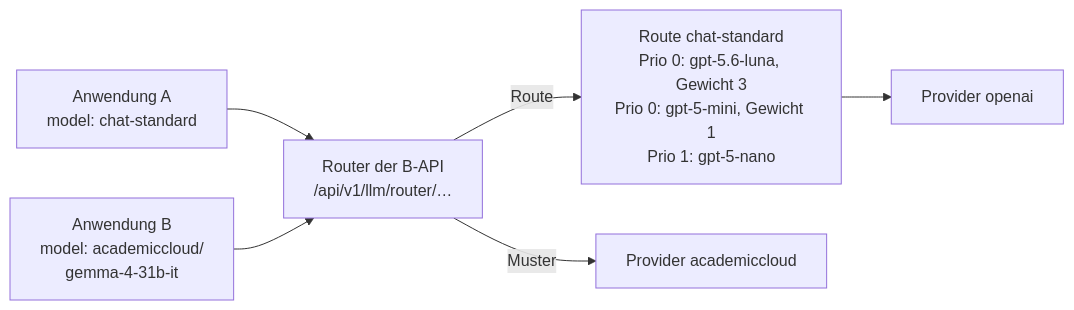
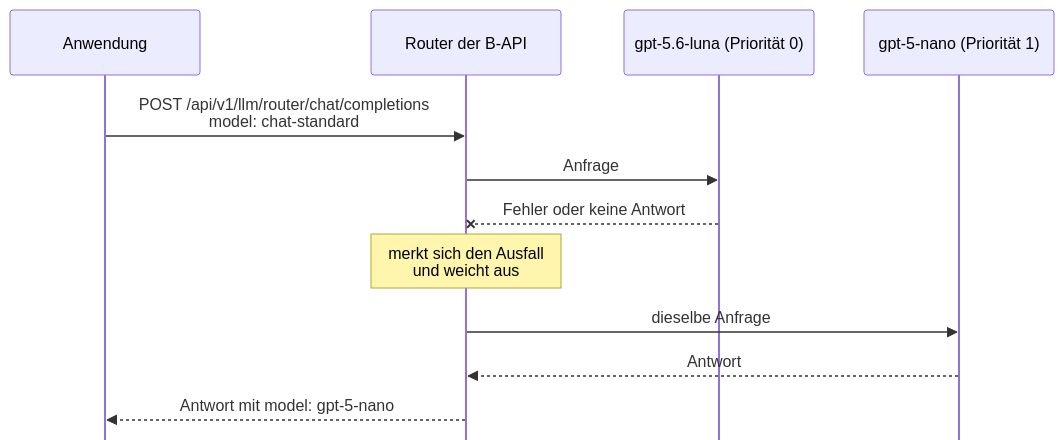
One commit to openeduhub/edu-sharing-python-client changed the first of 5 diagrams in docs/B-API-ROUTING.de.md. Above: the diagram before and after it, drawn with Mermaid. The commit also changed other lines of this file, not shown here.

Commit message:
docs: the routing overview shows a request failing over
The first diagram of the routing guide showed who belongs to whom --
applications, router, a route, two providers -- and not what routing is
for. It is a sequence now: an application sends a route's name to the
router's endpoint, the model of priority 0 fails, the router remembers that
and asks the model of priority 1, and the answer names the model that gave
it. Two sentences above it say the same in words.

Rendered with Mermaid 11 before the push: no errors, every label inside its
box, 354 px high at GitHub's width.

````diff
--- a/docs/B-API-ROUTING.de.md
+++ b/docs/B-API-ROUTING.de.md
@@ -43,9 +47,15 @@
 ```mermaid
-flowchart LR
-    A1["Anwendung A<br/>model: chat-standard"] --> R
-    A2["Anwendung B<br/>model: academiccloud/<br/>gemma-4-31b-it"] --> R
-    R["Router der B-API<br/>/api/v1/llm/router/…"]
-    R -- "Route" --> RT["Route chat-standard<br/>Prio 0: gpt-5.6-luna, Gewicht 3<br/>Prio 0: gpt-5-mini, Gewicht 1<br/>Prio 1: gpt-5-nano"]
-    RT --> O["Provider openai"]
-    R -- "Muster" --> AC["Provider academiccloud"]
+%%{init: {"sequence": {"mirrorActors": false, "width": 190}}}%%
+sequenceDiagram
+    participant App as Anwendung
+    participant R as Router der B-API
+    participant L as gpt-5.6-luna (Priorität 0)
+    participant N as gpt-5-nano (Priorität 1)
+    App->>R: POST /api/v1/llm/router/chat/completions<br/>model: chat-standard
+    R->>L: Anfrage
+    L--xR: Fehler oder keine Antwort
+    Note over R: merkt sich den Ausfall<br/>und weicht aus
+    R->>N: dieselbe Anfrage
+    N-->>R: Antwort
+    R-->>App: Antwort mit model: gpt-5-nano
 ```
````
